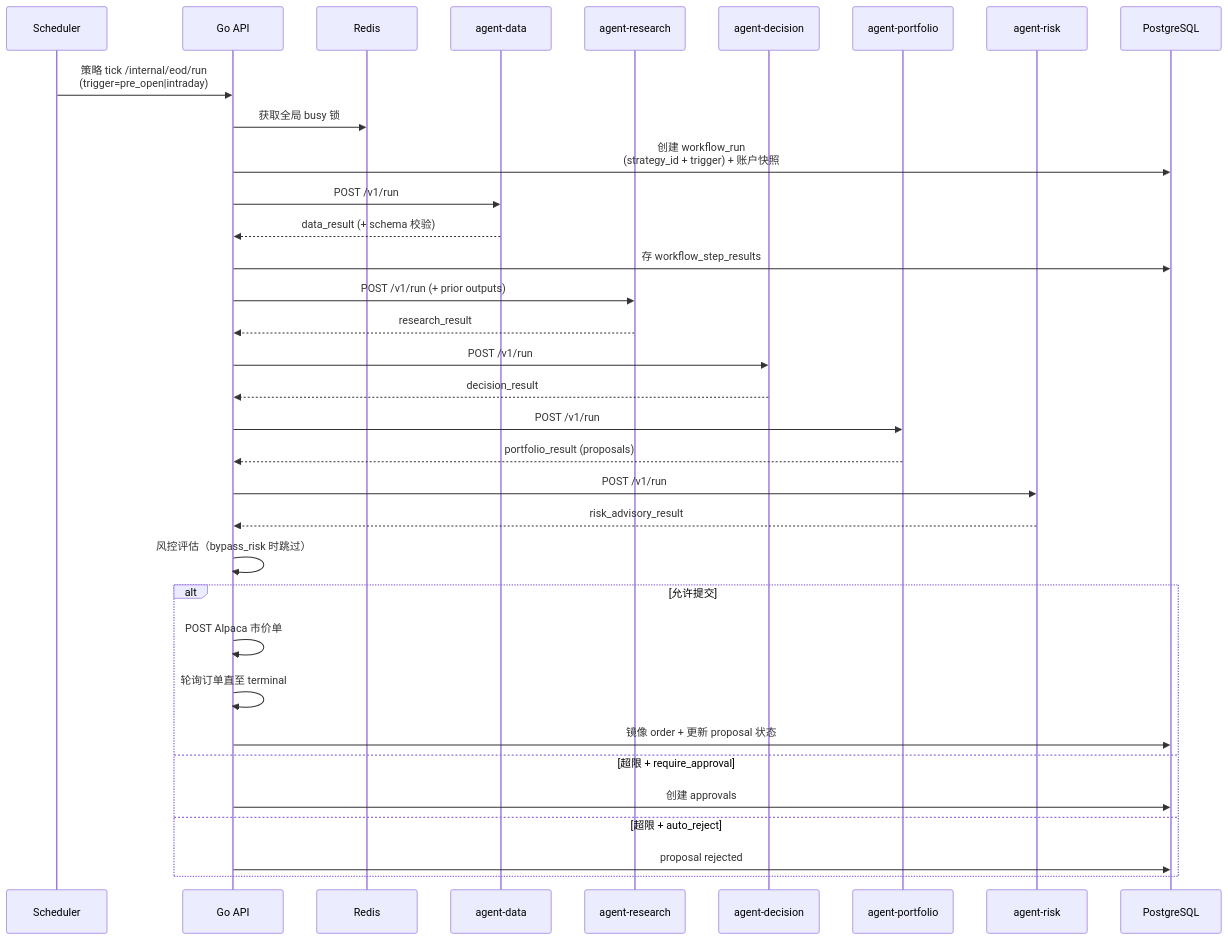
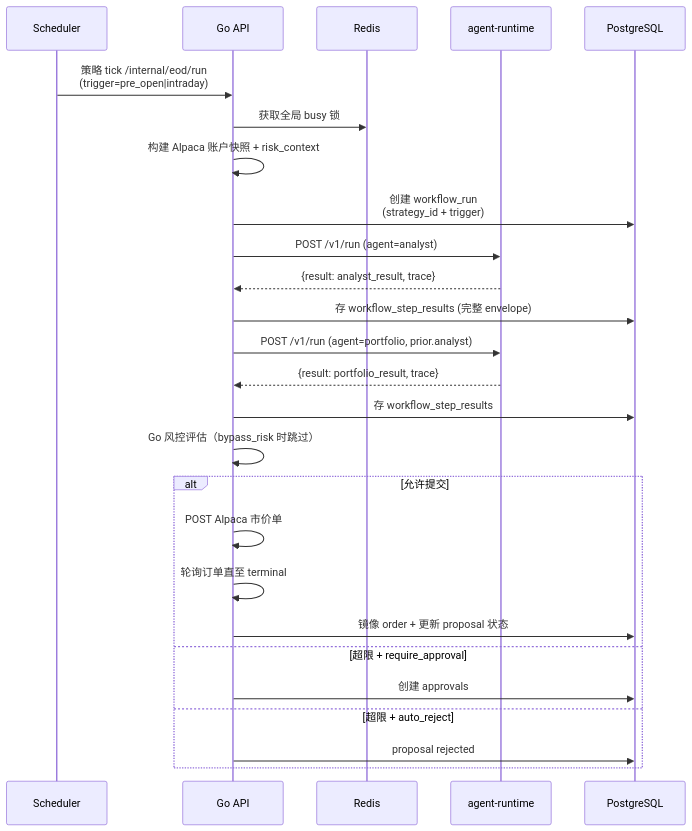
The fourth of 4 diagrams in docs/eod-workflow-flowchart.md (cyhzuishuai/stock-agents-cursor), drawn with Mermaid before and after one commit. The commit also changed other lines of this file and 9 other files, not shown here.

Commit message:
chore(deploy): switch stack to agent-runtime tool-loop

````diff
--- a/docs/eod-workflow-flowchart.md
+++ b/docs/eod-workflow-flowchart.md
@@ -164,40 +154,32 @@
 ```mermaid
 sequenceDiagram
   participant Cron as Scheduler
   participant API as Go API
   participant R as Redis
-  participant D as agent-data
-  participant Re as agent-research
-  participant De as agent-decision
-  participant Po as agent-portfolio
-  participant Ri as agent-risk
+  participant RT as agent-runtime
   participant DB as PostgreSQL
 
   Cron->>API: 策略 tick /internal/eod/run<br/>(trigger=pre_open|intraday)
   API->>R: 获取全局 busy 锁
-  API->>DB: 创建 workflow_run<br/>(strategy_id + trigger) + 账户快照
+  API->>API: 构建 Alpaca 账户快照 + risk_context
+  API->>DB: 创建 workflow_run<br/>(strategy_id + trigger)
 
-  API->>D: POST /v1/run
-  D-->>API: data_result (+ schema 校验)
+  API->>RT: POST /v1/run (agent=analyst)
+  RT-->>API: {result: analyst_result, trace}
+  API->>DB: 存 workflow_step_results (完整 envelope)
+
+  API->>RT: POST /v1/run (agent=portfolio, prior.analyst)
+  RT-->>API: {result: portfolio_result, trace}
   API->>DB: 存 workflow_step_results
 
-  API->>Re: POST /v1/run (+ prior outputs)
-  Re-->>API: research_result
-  API->>De: POST /v1/run
-  De-->>API: decision_result
-  API->>Po: POST /v1/run
-  Po-->>API: portfolio_result (proposals)
-  API->>Ri: POST /v1/run
-  Ri-->>API: risk_advisory_result
-
-  API->>API: 风控评估（bypass_risk 时跳过）
+  API->>API: Go 风控评估（bypass_risk 时跳过）
   alt 允许提交
     API->>API: POST Alpaca 市价单
     API->>API: 轮询订单直至 terminal
     API->>DB: 镜像 order + 更新 proposal 状态
   else 超限 + require_approval
     API->>DB: 创建 approvals
   else 超限 + auto_reject
     API->>DB: proposal rejected
   end
 ```
````
